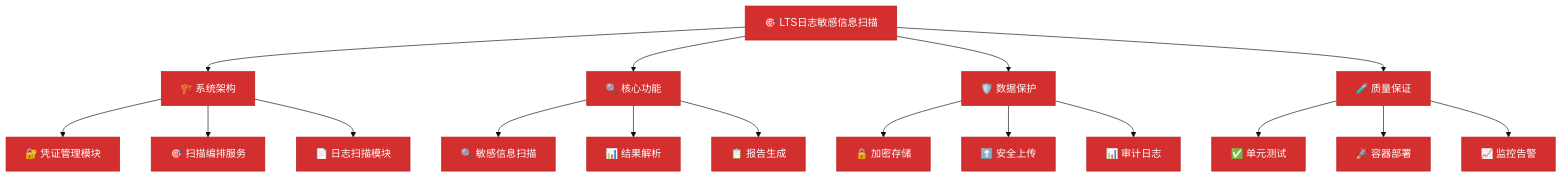
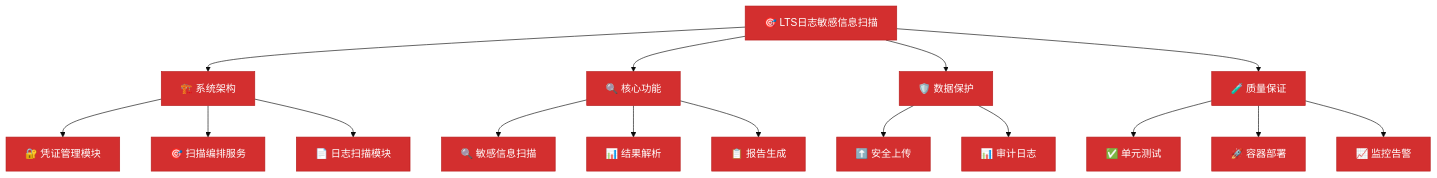
One commit to GeorgeCao-hw/backlog-test changed the fourth of 7 diagrams in opensourceways/issue_docs/67/Architecture Desgin/#67 Architecture Design Specification.md. Above: the diagram before and after it, drawn with Mermaid. The commit also changed other lines of this file and 3 other files, not shown here.

````diff
--- a/opensourceways/issue_docs/67/Architecture Desgin/#67 Architecture Design Specification.md
+++ b/opensourceways/issue_docs/67/Architecture Desgin/#67 Architecture Design Specification.md
@@ -229,33 +230,32 @@
 ```mermaid
 %%{init: {
   'theme': 'base',
   'themeVariables': {
     'primaryColor': '#d32f2f',
     'primaryBorderColor': '#b71c1c',
     'primaryTextColor': '#ffffff',
     'fontSize': '16px'
   }
 }}%%
 graph TB
     Root["🎯 LTS日志敏感信息扫描"]
 
     Root --> Layer1["🏗️ 系统架构"]
     Layer1 --> Cred["🔐 凭证管理模块"]
     Layer1 --> Orchestrator["🎯 扫描编排服务"]
     Layer1 --> LogMgmt["📄 日志扫描模块"]
 
     Root --> Layer2["🔍 核心功能"]
     Layer2 --> Scan["🔍 敏感信息扫描"]
     Layer2 --> Parse["📊 结果解析"]
     Layer2 --> Report["📋 报告生成"]
 
     Root --> Layer3["🛡️ 数据保护"]
-    Layer3 --> Encrypt["🔒 加密存储"]
     Layer3 --> Upload["⬆️ 安全上传"]
     Layer3 --> Audit["📊 审计日志"]
 
     Root --> Layer4["🧪 质量保证"]
     Layer4 --> Test["✅ 单元测试"]
     Layer4 --> Deploy["🚀 容器部署"]
     Layer4 --> Monitor["📈 监控告警"]
 ```
````
